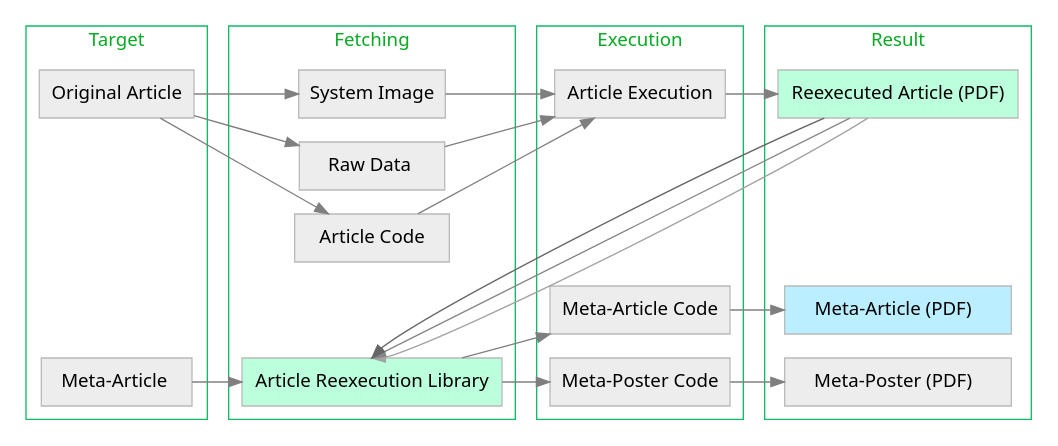
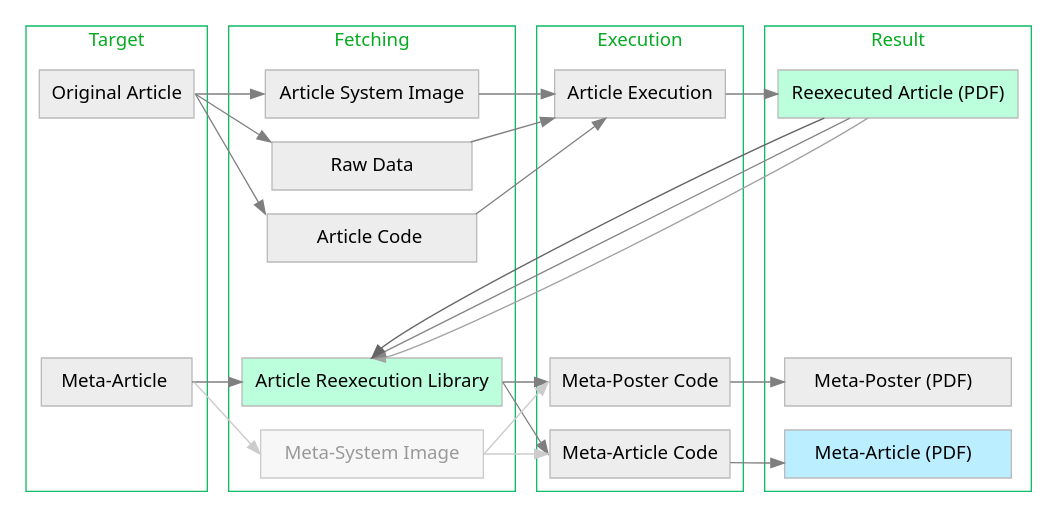
The diagram in publishing/data/workflow.dot (con/opfvta-reexecution), drawn with Graphviz before and after one commit. The commit also changed 1 other file, not shown here.

Commit message:
Updated workflow figure to include meta-system image

```diff
--- a/publishing/data/workflow.dot
+++ b/publishing/data/workflow.dot
@@ -1,86 +1,97 @@
 digraph graphname {
     size="14,8";
     graph [fontname = "sans", margin=0, splines=line];
     rankdir="LR";
     node [fontname = "sans", style=filled];
     edge [fontname = "sans", color=gray50];
     subgraph cluster0 {
         margin=10;
         label = "Target";
         fontcolor = "#07aa22";
         color = "#11bb66";
 
         oa[label="Original Article", shape=box, color="#BBBBBB", fillcolor=grey93];
-        blank00[style=invis];
-        blank01[style=invis];
-        blank02[style=invis];
+        blank00 [style=invis];
+        blank01 [style=invis];
+        blank02 [style=invis];
         ma[label="  Meta-Article  ", shape=box, color="#BBBBBB", fillcolor=grey93];
+        blank04 [style=invis];
         }
         //{rank=same; opf_; Con}
 
-    oa -> si;
+    oa:e -> si:w;
     blank00 -> rd [style=invis];
     blank01 -> ac [style=invis];
-    blank02 -> blank10 [style=invis];
-    oa -> rd [constraint=false];
-    oa -> ac [constraint=false];
-    ma -> ras;
+    blank02 -> blank12 [style=invis];
+    oa:e -> rd:nw [constraint=false];
+    oa:e -> ac:nw [constraint=false];
+    ma -> arl;
+    ma:e -> mss:w [constraint=false, color="#CCCCCC"];
+    blank04 -> mss [style=invis];
 
     subgraph cluster1 {
         margin=10;
         label = "Fetching";
         fontcolor = "#07aa22";
         color = "#11bb66";
 
-        si[label="System Image", shape=box, color="#BBBBBB", fillcolor=grey93];
-        rd[label="    Raw Data    ", shape=box, color="#BBBBBB", fillcolor=grey93];
-        ac[label="   Article Code  ", shape=box, color="#BBBBBB", fillcolor=grey93];
-        blank10[style=invis];
-        ras[label="Article Reexecution Library", shape=box, color="#BBBBBB", fillcolor="#bbffdd"];
+        si[label=" Article System Image", shape=box, color="#BBBBBB", fillcolor=grey93];
+        rd[label="          Raw Data         ", shape=box, color="#BBBBBB", fillcolor=grey93];
+        ac[label="        Article Code        ", shape=box, color="#BBBBBB", fillcolor=grey93];
+        blank12 [style=invis];
+        arl[label="Article Reexecution Library", shape=box, color="#BBBBBB", fillcolor="#bbffdd"];
+        mss[label="   Meta-System Image  ", shape=box, color="#CCCCCC", fillcolor=grey97, fontcolor="#999999"]
         }
 
     si -> ae [weight=9];
     rd -> blank21 [style=invis];
-    ac -> mac [style=invis];
-    ras -> mpc;
+    arl:e -> mpc:w;
     ac -> blank22[style=invis];
-    rd -> ae [constraint=false];
-    ac -> ae [constraint=false];
-    ras -> mac [constraint=false];
+    blank12 -> blank23 [style=invis];
+    rd:ne -> ae [constraint=false];
+    ac:ne-> ae [constraint=false];
+    arl:e -> mac:w [constraint=false];
+    mss -> mac [style=invis];
+    mss:e -> mac:w [constraint=false, color="#CCCCCC"]
+    mss:e -> mpc:w [constraint=false, color="#CCCCCC"]
 
     subgraph cluster2 {
         margin=10;
         label = "Execution";
         fontcolor = "#07aa22";
         color = "#11bb66";
 
         ae[label="Article Execution", shape=box, color="#BBBBBB", fillcolor=grey93];
-        blank21[style=invis];
-        blank22[style=invis];
+        blank21 [style=invis];
+        blank22 [style=invis];
+        blank23 [style=invis];
+        mpc[label="Meta-Poster Code", shape=box, color="#BBBBBB", fillcolor=grey93];
         mac[label="Meta-Article Code", shape=box, color="#BBBBBB", fillcolor=grey93];
-        mpc[label="Meta-Poster Code", shape=box, color="#BBBBBB", fillcolor=grey93];
         }
 
     ae -> ra;
     blank21 -> blank30 [style=invis];
     blank22 -> blank31 [style=invis];
+    blank31 -> blank23 [style=invis];
+    blank23 -> blank33 [style=invis]
+    mpc -> mpp;
     mac -> map [constraint=false];
-    mpc -> mpp;
 
     subgraph cluster3 {
         margin=10;
         label = "Result";
         fontcolor = "#07aa22";
         color = "#11bb66";
 
         ra[label="Reexecuted Article (PDF)", shape=box, color="#BBBBBB", fillcolor="#bbffdd"];
-        blank30[style=invis];
-        blank31[style=invis];
+        blank30 [style=invis];
+        blank31 [style=invis];
         map[label="    Meta-Article (PDF)     ", shape=box, color="#BBBBBB", fillcolor="#bbeeff"];
         mpp[label="    Meta-Poster (PDF)     ", shape=box, color="#BBBBBB", fillcolor=grey93];
+        blank33 [style=invis];
         }
-    ra -> ras:n [constraint=false, color=grey64];
-    ra -> ras:n [constraint=false, color=grey52];
-    ra -> ras:n [constraint=false, color=grey40];
-
+    ra -> arl:n [constraint=false, color=grey64];
+    ra -> arl:n [constraint=false, color=grey52];
+    ra -> arl:n [constraint=false, color=grey40];
+    mac -> map [style=invis];
 }
```
